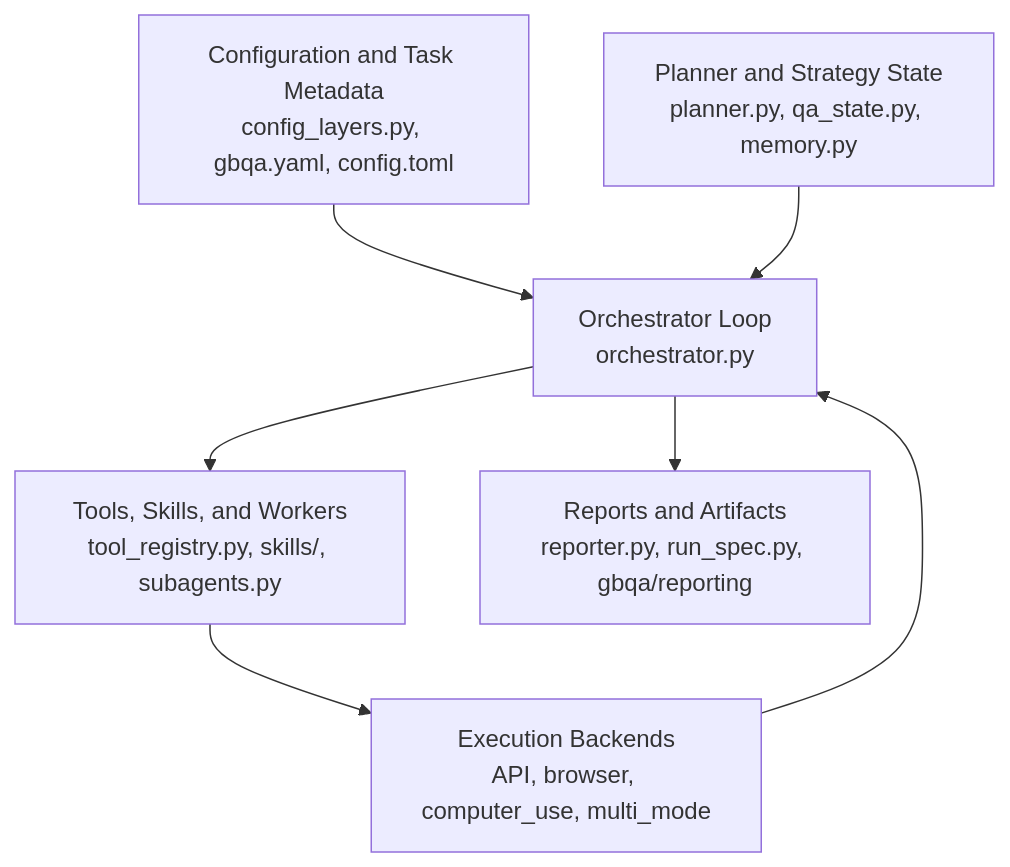
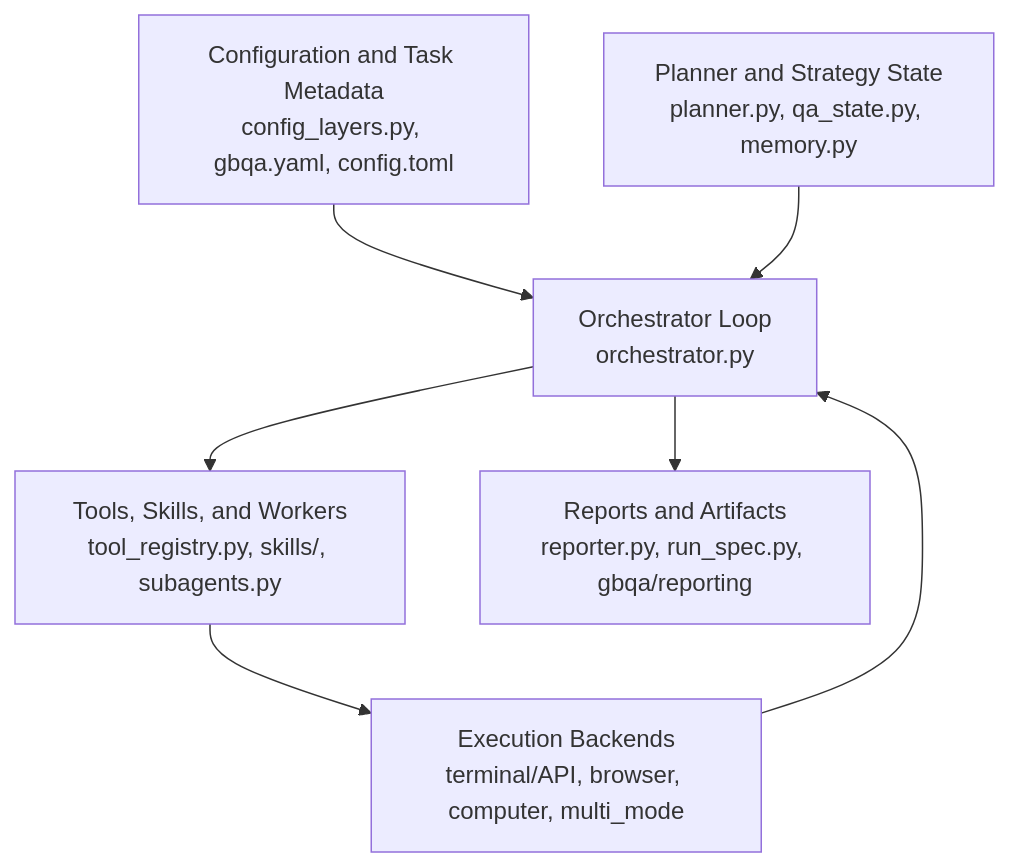
Before and after one commit to camel-ai/GBQA: the second of 4 diagrams in docs/qa-agent-harness-architecture.md, drawn with Mermaid. The commit also changed other lines of this file and 23 other files, not shown here.

````diff
--- a/docs/qa-agent-harness-architecture.md
+++ b/docs/qa-agent-harness-architecture.md
@@ -105,16 +105,16 @@
 ```mermaid
 flowchart TB
   Config["Configuration and Task Metadata<br/>config_layers.py, gbqa.yaml, config.toml"]
   Planner["Planner and Strategy State<br/>planner.py, qa_state.py, memory.py"]
   Orchestrator["Orchestrator Loop<br/>orchestrator.py"]
   Tools["Tools, Skills, and Workers<br/>tool_registry.py, skills/, subagents.py"]
-  Backends["Execution Backends<br/>API, browser, computer_use, multi_mode"]
+  Backends["Execution Backends<br/>terminal/API, browser, computer, multi_mode"]
   Reports["Reports and Artifacts<br/>reporter.py, run_spec.py, gbqa/reporting"]
 
   Config --> Orchestrator
   Planner --> Orchestrator
   Orchestrator --> Tools
   Tools --> Backends
   Backends --> Orchestrator
   Orchestrator --> Reports
 ```
````
